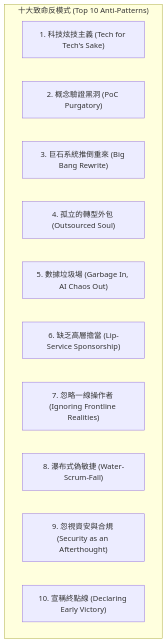
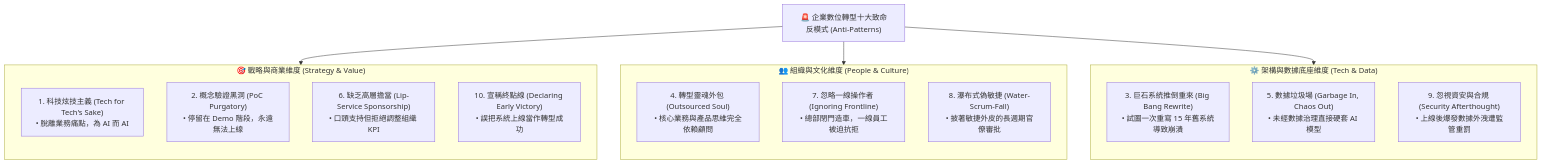
The diagram in 07-case-studies-and-anti-patterns.md (billy1030/digital-tranformation-learning), drawn with Mermaid before and after one commit. The commit also changed other lines of this file and 1 other file, not shown here.

Commit message:
refactor(mermaid): redesign diagram 07.1 into structured 3-pillar domain categorized map (Strategy, People, Tech)

````diff
--- a/07-case-studies-and-anti-patterns.md
+++ b/07-case-studies-and-anti-patterns.md
@@ -54,15 +54,30 @@
 ```mermaid
-graph TD
-    subgraph S1["十大致命反模式 (Top 10 Anti-Patterns)"]
-        A1["1. 科技炫技主義 (Tech for Tech's Sake)"]
-        A2["2. 概念驗證黑洞 (PoC Purgatory)"]
-        A3["3. 巨石系統推倒重來 (Big Bang Rewrite)"]
-        A4["4. 孤立的轉型外包 (Outsourced Soul)"]
-        A5["5. 數據垃圾場 (Garbage In, AI Chaos Out)"]
-        A6["6. 缺乏高層擔當 (Lip-Service Sponsorship)"]
-        A7["7. 忽略一線操作者 (Ignoring Frontline Realities)"]
-        A8["8. 瀑布式偽敏捷 (Water-Scrum-Fall)"]
-        A9["9. 忽視資安與合規 (Security as an Afterthought)"]
-        A10["10. 宣稱終點線 (Declaring Early Victory)"]
+flowchart TD
+    ROOT["🚨 企業數位轉型十大致命反模式 (Anti-Patterns)"]
+
+    subgraph P1["🎯 戰略與商業維度 (Strategy & Value)"]
+        direction TB
+        A1["1. 科技炫技主義 (Tech for Tech's Sake)<br/>• 脫離業務痛點，為 AI 而 AI"]
+        A2["2. 概念驗證黑洞 (PoC Purgatory)<br/>• 停留在 Demo 階段，永遠無法上線"]
+        A6["6. 缺乏高層擔當 (Lip-Service Sponsorship)<br/>• 口頭支持但拒絕調整組織 KPI"]
+        A10["10. 宣稱終點線 (Declaring Early Victory)<br/>• 誤把系統上線當作轉型成功"]
     end
+
+    subgraph P2["👥 組織與文化維度 (People & Culture)"]
+        direction TB
+        A4["4. 轉型靈魂外包 (Outsourced Soul)<br/>• 核心業務與產品思維完全依賴顧問"]
+        A7["7. 忽略一線操作者 (Ignoring Frontline)<br/>• 總部閉門造車，一線員工被迫抗拒"]
+        A8["8. 瀑布式偽敏捷 (Water-Scrum-Fall)<br/>• 披著敏捷外皮的長週期官僚審批"]
+    end
+
+    subgraph P3["⚙️ 架構與數據底座維度 (Tech & Data)"]
+        direction TB
+        A3["3. 巨石系統推倒重來 (Big Bang Rewrite)<br/>• 試圖一次重寫 15 年舊系統導致崩潰"]
+        A5["5. 數據垃圾場 (Garbage In, Chaos Out)<br/>• 未經數據治理直接硬套 AI 模型"]
+        A9["9. 忽視資安與合規 (Security Afterthought)<br/>• 上線後爆發數據外洩遭監管重罰"]
+    end
+
+    ROOT --> P1
+    ROOT --> P2
+    ROOT --> P3
 ```
````
